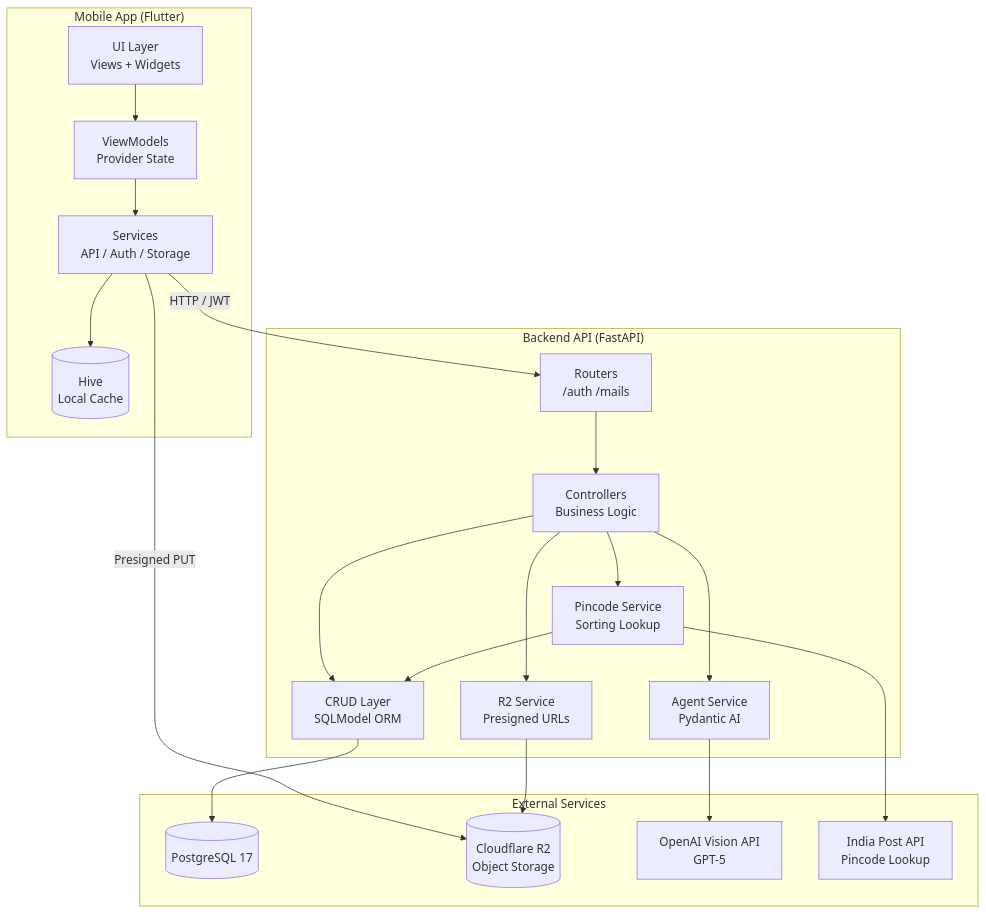
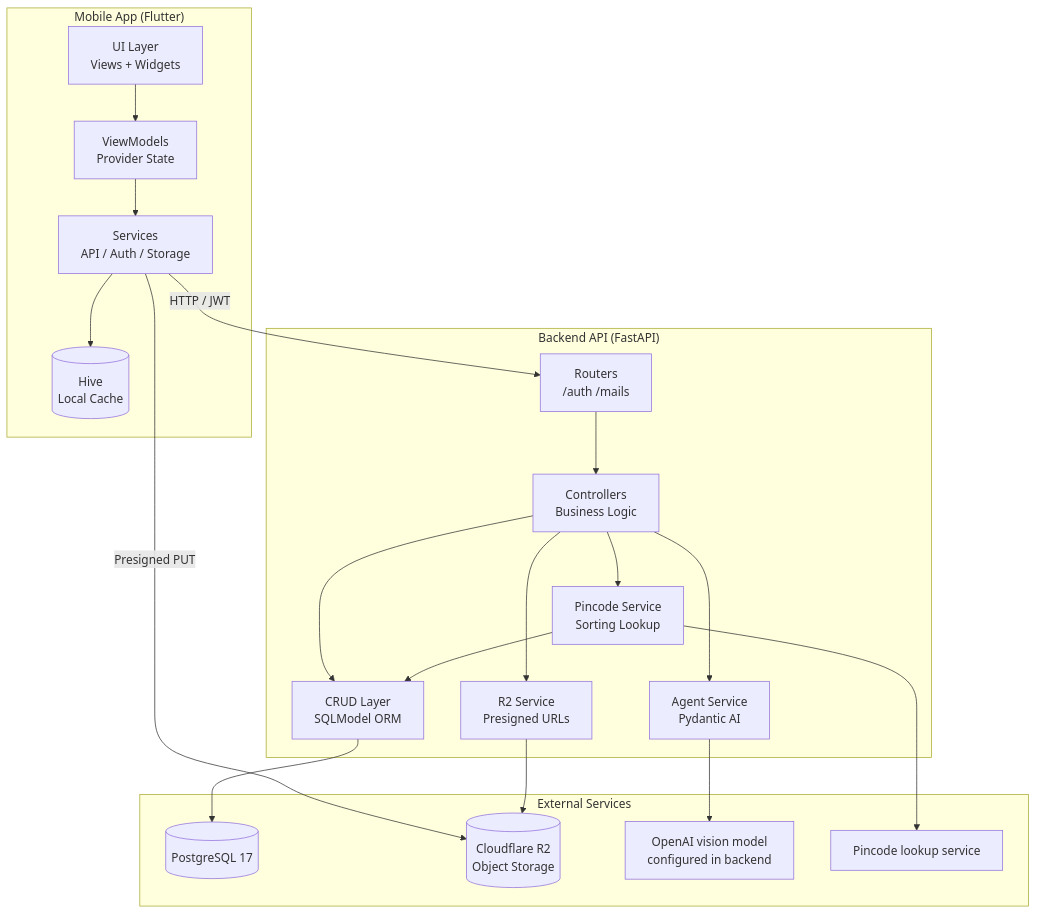
The first of 5 diagrams in README.md (AbhiramVSA/intellipost), drawn with Mermaid before and after one commit. The commit also changed other lines of this file and 2 other files, not shown here.

````diff
--- a/README.md
+++ b/README.md
@@ -23,43 +26,43 @@
 ```mermaid
 graph TB
     subgraph Client["Mobile App (Flutter)"]
         UI[UI Layer<br/>Views + Widgets]
         VM[ViewModels<br/>Provider State]
         SVC[Services<br/>API / Auth / Storage]
         HIVE[(Hive<br/>Local Cache)]
     end
 
     subgraph Backend["Backend API (FastAPI)"]
         ROUTER[Routers<br/>/auth  /mails]
         CTRL[Controllers<br/>Business Logic]
         CRUD[CRUD Layer<br/>SQLModel ORM]
         AGENT[Agent Service<br/>Pydantic AI]
         R2SVC[R2 Service<br/>Presigned URLs]
         PINCODE[Pincode Service<br/>Sorting Lookup]
     end
 
     subgraph External["External Services"]
         PG[(PostgreSQL 17)]
         R2[(Cloudflare R2<br/>Object Storage)]
-        OPENAI[OpenAI Vision API<br/>GPT-5]
-        POSTAPI[India Post API<br/>Pincode Lookup]
+        OPENAI[OpenAI vision model<br/>configured in backend]
+        POSTAPI[Pincode lookup service]
     end
 
     UI --> VM
     VM --> SVC
     SVC --> HIVE
     SVC -- "HTTP / JWT" --> ROUTER
     SVC -- "Presigned PUT" --> R2
 
     ROUTER --> CTRL
     CTRL --> CRUD
     CTRL --> AGENT
     CTRL --> R2SVC
     CTRL --> PINCODE
 
     CRUD --> PG
     AGENT --> OPENAI
     R2SVC --> R2
     PINCODE --> POSTAPI
     PINCODE --> CRUD
 ```
````
